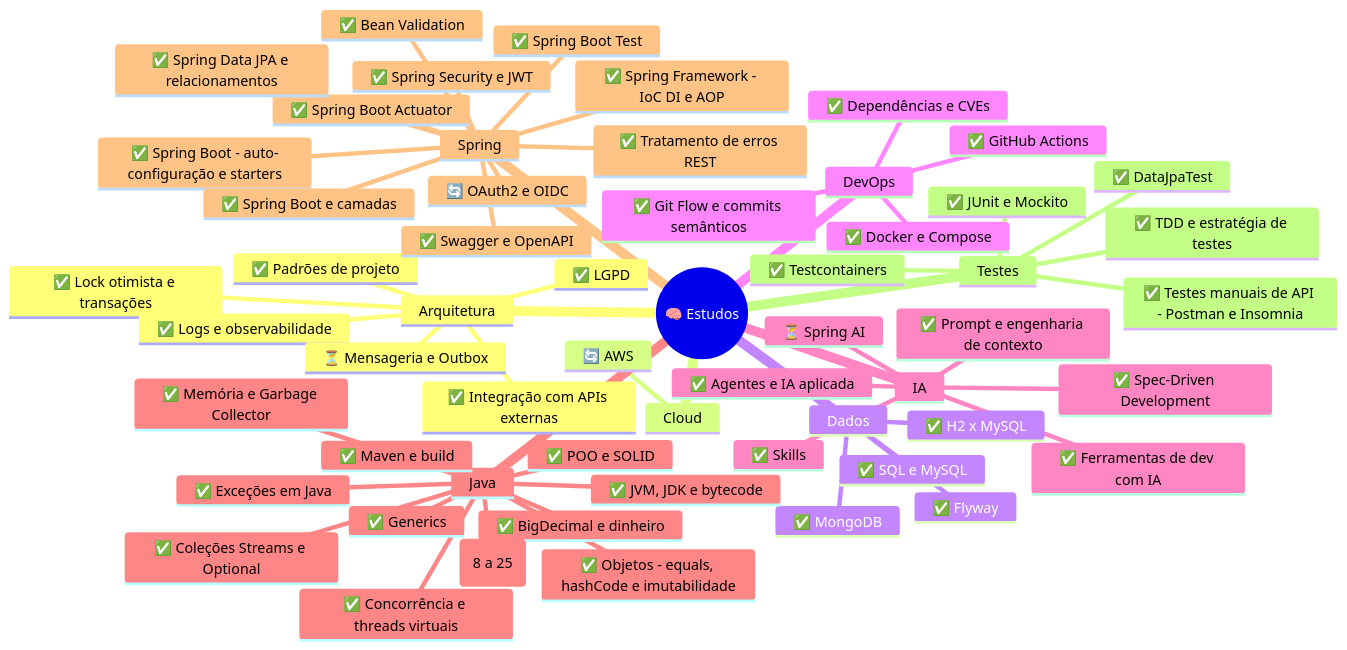
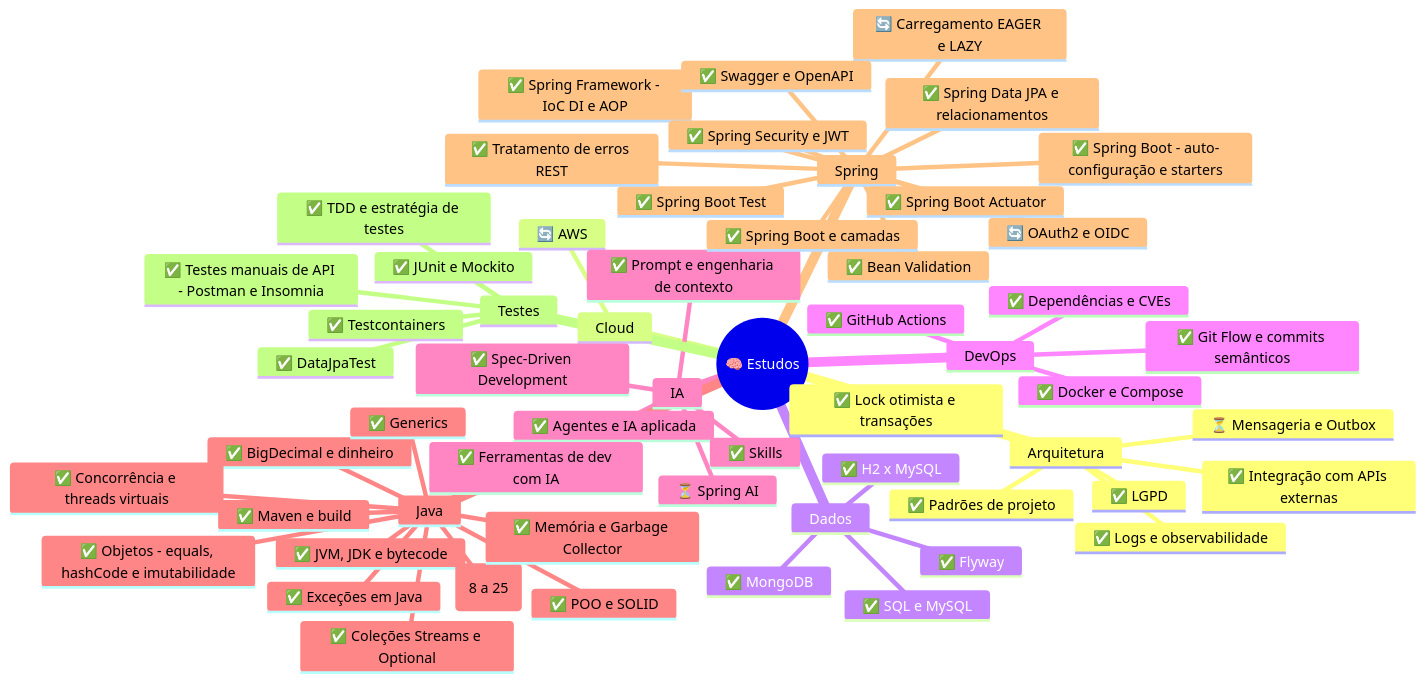
Diagram 16 of 22 in README.md (k3vinrich4rd/k3vinrich4rd), drawn with Mermaid before and after one commit. The commit also changed other lines of this file and 5 other files, not shown here.

````diff
--- a/README.md
+++ b/README.md
@@ -1799,60 +1799,61 @@
 ```mermaid
 mindmap
   root((🧠 Estudos))
     Arquitetura
       ✅ Integração com APIs externas
       ✅ LGPD
       ✅ Lock otimista e transações
       ✅ Logs e observabilidade
       ⏳ Mensageria e Outbox
       ✅ Padrões de projeto
     Cloud
       🔄 AWS
     Dados
       ✅ Flyway
       ✅ H2 x MySQL
       ✅ MongoDB
       ✅ SQL e MySQL
     DevOps
       ✅ Dependências e CVEs
       ✅ Docker e Compose
       ✅ Git Flow e commits semânticos
       ✅ GitHub Actions
     IA
       ✅ Agentes e IA aplicada
       ✅ Ferramentas de dev com IA
       ✅ Prompt e engenharia de contexto
       ✅ Skills
       ✅ Spec-Driven Development
       ⏳ Spring AI
     Java
       ✅ BigDecimal e dinheiro
       ✅ Coleções Streams e Optional
       ✅ Concorrência e threads virtuais
       ✅ Exceções em Java
       ✅ Generics
       ✅ JVM, JDK e bytecode
       ✅ Java moderno (8 a 25)
       ✅ Maven e build
       ✅ Memória e Garbage Collector
       ✅ Objetos - equals, hashCode e imutabilidade
       ✅ POO e SOLID
     Spring
       ✅ Bean Validation
+      🔄 Carregamento EAGER e LAZY
       🔄 OAuth2 e OIDC
       ✅ Spring Boot - auto-configuração e starters
       ✅ Spring Boot Actuator
       ✅ Spring Boot Test
       ✅ Spring Boot e camadas
       ✅ Spring Data JPA e relacionamentos
       ✅ Spring Framework - IoC DI e AOP
       ✅ Spring Security e JWT
       ✅ Swagger e OpenAPI
       ✅ Tratamento de erros REST
     Testes
       ✅ DataJpaTest
       ✅ JUnit e Mockito
       ✅ TDD e estratégia de testes
       ✅ Testcontainers
       ✅ Testes manuais de API - Postman e Insomnia
 ```
````
